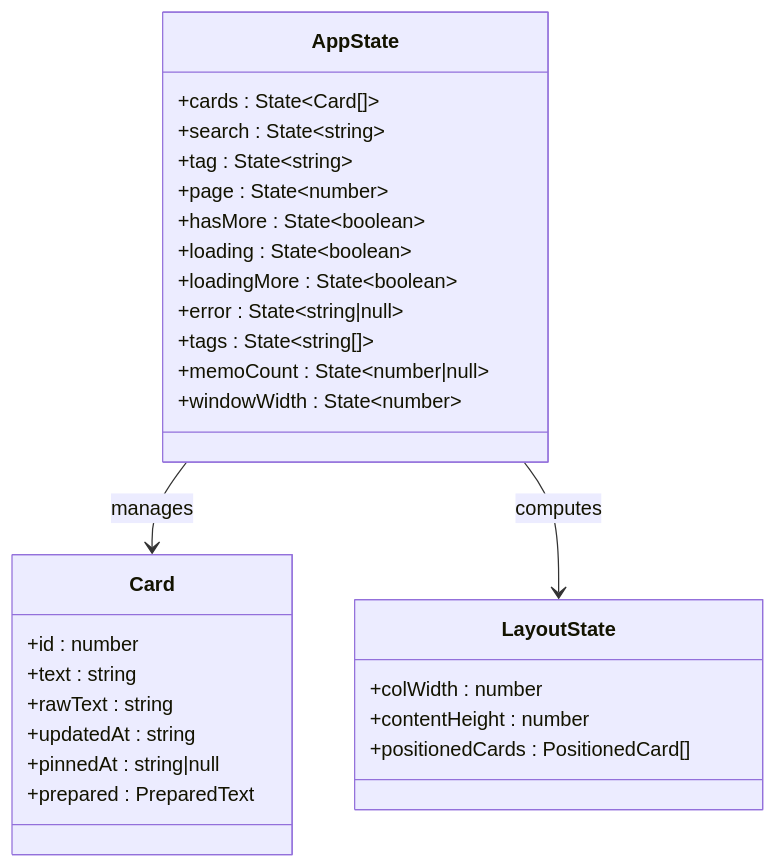
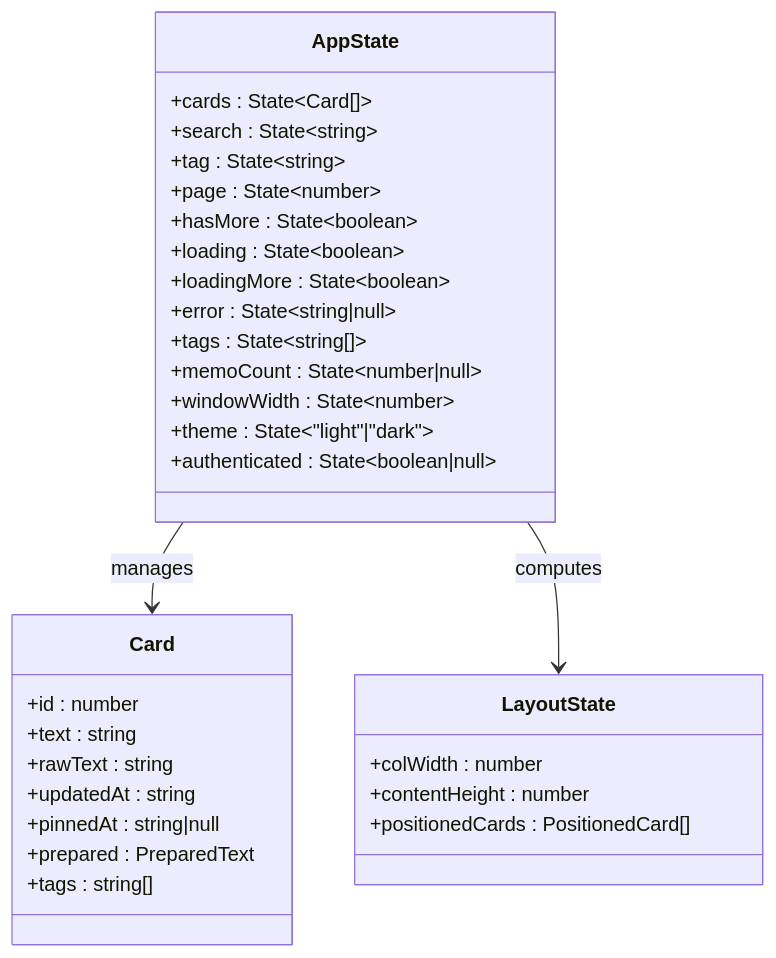
The second of 15 diagrams in .qoder/repowiki/zh/content/前端应用/Masonry瀑布流界面/Masonry瀑布流界面.md (BlackBoxRecorder/memos), drawn with Mermaid before and after one commit. The commit also changed other lines of this file and 30 other files, not shown here.

````diff
--- a/.qoder/repowiki/zh/content/前端应用/Masonry瀑布流界面/Masonry瀑布流界面.md
+++ b/.qoder/repowiki/zh/content/前端应用/Masonry瀑布流界面/Masonry瀑布流界面.md
@@ -92,31 +104,34 @@
 ```mermaid
 classDiagram
 class AppState {
 +cards : State~Card[]~
 +search : State~string~
 +tag : State~string~
 +page : State~number~
 +hasMore : State~boolean~
 +loading : State~boolean~
 +loadingMore : State~boolean~
 +error : State~string|null~
 +tags : State~string[]~
 +memoCount : State~number|null~
 +windowWidth : State~number~
++theme : State~"light"|"dark"~
++authenticated : State~boolean|null~
 }
 class Card {
 +id : number
 +text : string
 +rawText : string
 +updatedAt : string
 +pinnedAt : string|null
 +prepared : PreparedText
++tags : string[]
 }
 class LayoutState {
 +colWidth : number
 +contentHeight : number
 +positionedCards : PositionedCard[]
 }
 AppState --> Card : manages
 AppState --> LayoutState : computes
 ```
````
